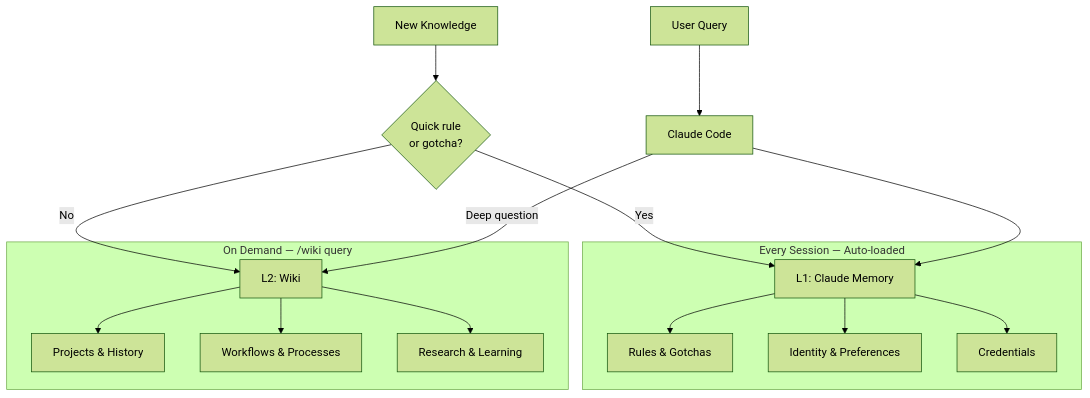
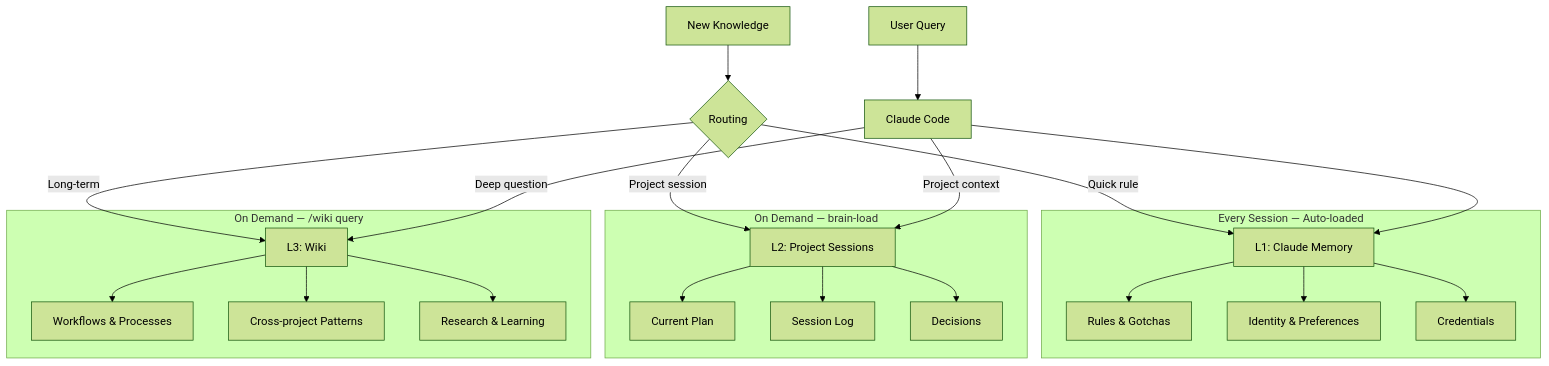
Before and after one commit to vlad-aleksandrov/llm-wiki: the second of 3 diagrams in README.md, drawn with Mermaid (forest theme). The commit also changed other lines of this file, not shown here.

First line of the commit message:
docs: update README for three-layer architecture (L1/L2/L3)

````diff
--- a/README.md
+++ b/README.md
@@ -98,30 +116,42 @@
 ```mermaid
 graph TB
     subgraph "Every Session — Auto-loaded"
         L1[L1: Claude Memory]
         L1R[Rules & Gotchas]
         L1I[Identity & Preferences]
         L1C[Credentials]
         L1 --> L1R
         L1 --> L1I
         L1 --> L1C
     end
 
-    subgraph "On Demand — /wiki query"
-        L2[L2: Wiki]
-        L2P[Projects & History]
-        L2W[Workflows & Processes]
-        L2K[Research & Learning]
+    subgraph "On Demand — brain-load"
+        L2[L2: Project Sessions]
+        L2P[Current Plan]
+        L2S[Session Log]
+        L2D[Decisions]
         L2 --> L2P
-        L2 --> L2W
-        L2 --> L2K
+        L2 --> L2S
+        L2 --> L2D
     end
 
-    NEW[New Knowledge] --> ROUTE{Quick rule<br/>or gotcha?}
-    ROUTE -->|Yes| L1
-    ROUTE -->|No| L2
+    subgraph "On Demand — /wiki query"
+        L3[L3: Wiki]
+        L3W[Workflows & Processes]
+        L3K[Cross-project Patterns]
+        L3R[Research & Learning]
+        L3 --> L3W
+        L3 --> L3K
+        L3 --> L3R
+    end
+
+    NEW[New Knowledge] --> ROUTE{Routing}
+    ROUTE -->|Quick rule| L1
+    ROUTE -->|Project session| L2
+    ROUTE -->|Long-term| L3
 
     USER[User Query] --> CLAUDE[Claude Code]
     CLAUDE --> L1
-    CLAUDE -->|Deep question| L2
+    CLAUDE -->|Project context| L2
+    CLAUDE -->|Deep question| L3
 ```
````
